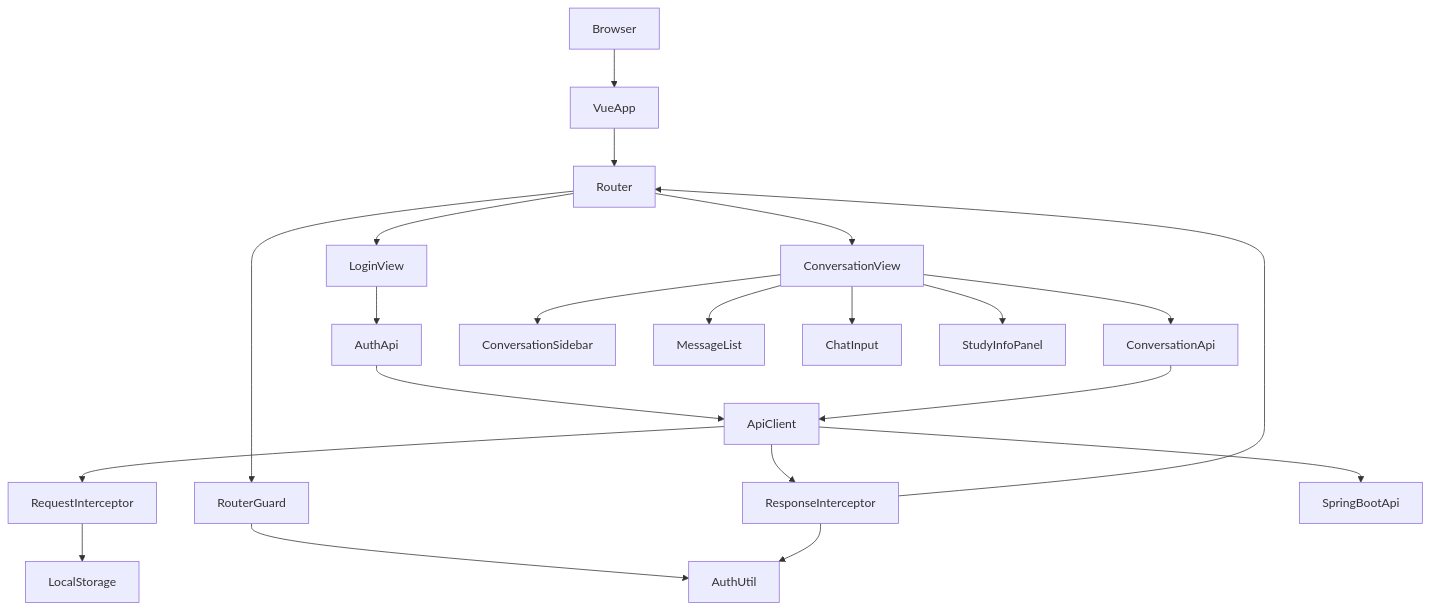
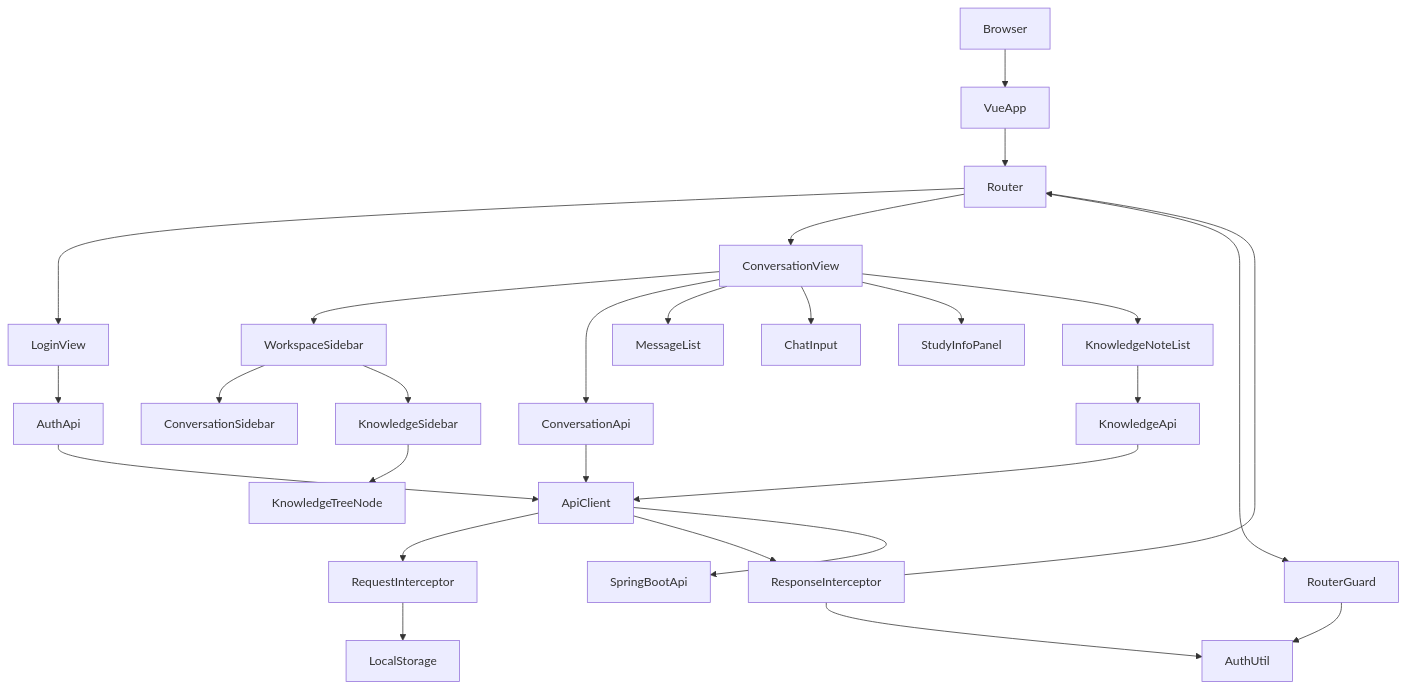
One commit to keunoh/feldbuch changed the fifth of 5 diagrams in docs/FELDBUCH_DEVELOPMENT_DOCUMENTATION.md. Above: the diagram before and after it, drawn with Mermaid. The commit also changed other lines of this file and 1 other file, not shown here.

````diff
--- a/docs/FELDBUCH_DEVELOPMENT_DOCUMENTATION.md
+++ b/docs/FELDBUCH_DEVELOPMENT_DOCUMENTATION.md
@@ -507,27 +234,32 @@
 ```mermaid
 flowchart TD
     Browser --> VueApp
     VueApp --> Router
     Router --> LoginView
     Router --> ConversationView
-
     Router --> RouterGuard
     RouterGuard --> AuthUtil
 
     LoginView --> AuthApi
+    ConversationView --> WorkspaceSidebar
+    WorkspaceSidebar --> ConversationSidebar
+    WorkspaceSidebar --> KnowledgeSidebar
+    KnowledgeSidebar --> KnowledgeTreeNode
+
     ConversationView --> ConversationApi
-    ConversationView --> ConversationSidebar
     ConversationView --> MessageList
     ConversationView --> ChatInput
     ConversationView --> StudyInfoPanel
+    ConversationView --> KnowledgeNoteList
+    KnowledgeNoteList --> KnowledgeApi
 
     AuthApi --> ApiClient
     ConversationApi --> ApiClient
+    KnowledgeApi --> ApiClient
     ApiClient --> RequestInterceptor
     ApiClient --> ResponseInterceptor
     RequestInterceptor --> LocalStorage
     ResponseInterceptor --> AuthUtil
     ResponseInterceptor --> Router
-
     ApiClient --> SpringBootApi
 ```
````
